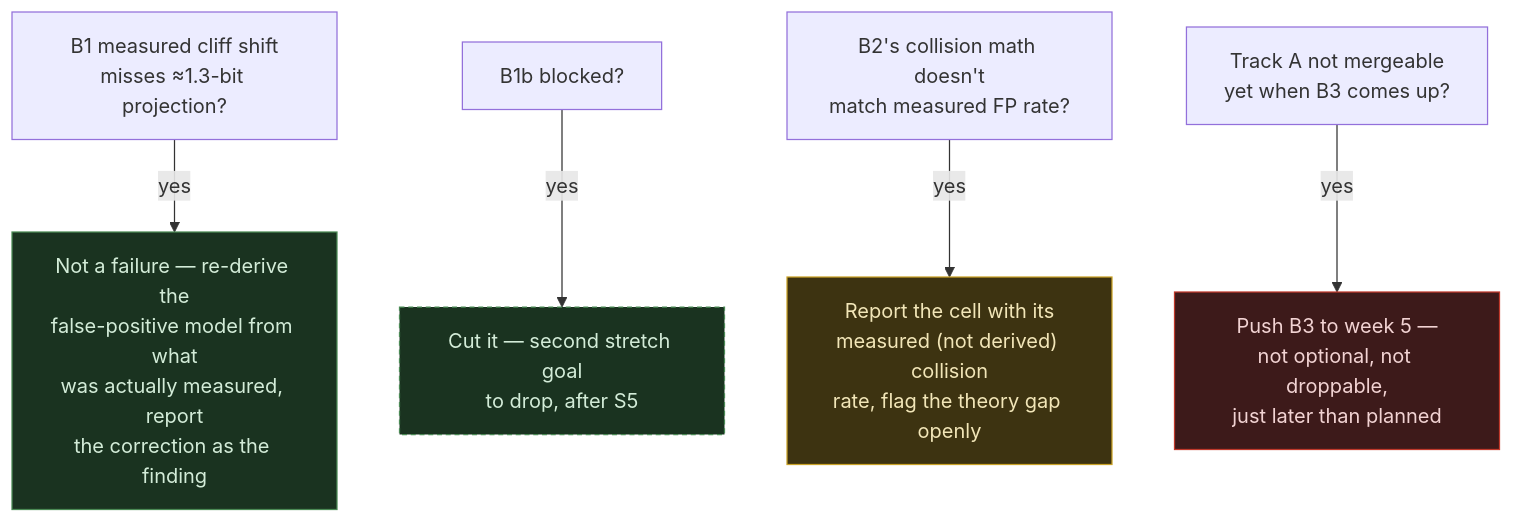
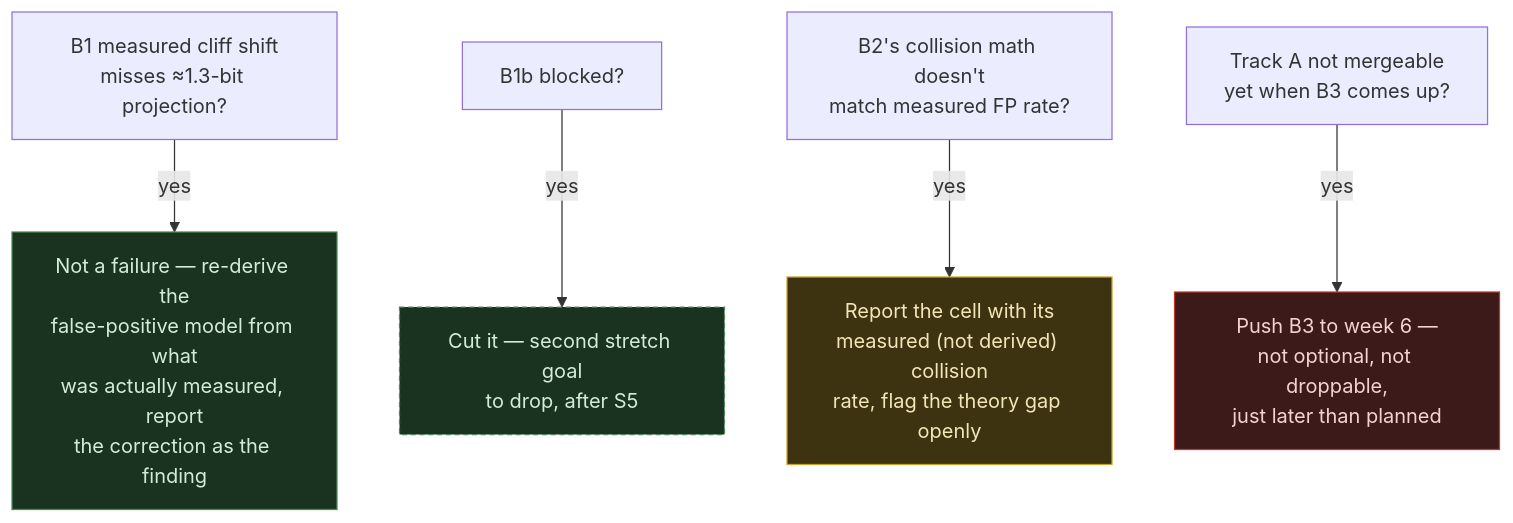
The seventh of 7 diagrams in planning/week4plan.md (KathpaliaChirag/Nanopore-project), drawn with Mermaid before and after one commit. The commit also changed other lines of this file, not shown here.

````diff
--- a/planning/week4plan.md
+++ b/planning/week4plan.md
@@ -221,12 +288,12 @@
 ```mermaid
 flowchart TD
     B1["B1 measured cliff shift\nmisses ≈1.3-bit projection?"] -->|yes| B1F["Not a failure — re-derive the\nfalse-positive model from what\nwas actually measured, report\nthe correction as the finding"]
     B1b["B1b blocked?"] -->|yes| B1bF["Cut it — second stretch goal\nto drop, after S5"]
     B2["B2's collision math doesn't\nmatch measured FP rate?"] -->|yes| B2F["Report the cell with its\nmeasured (not derived) collision\nrate, flag the theory gap openly"]
-    B3["Track A not mergeable\nyet when B3 comes up?"] -->|yes| B3F["Push B3 to week 5 —\nnot optional, not droppable,\njust later than planned"]
+    B3["Track A not mergeable\nyet when B3 comes up?"] -->|yes| B3F["Push B3 to week 6 —\nnot optional, not droppable,\njust later than planned"]
 
     style B1F fill:#1a3320,stroke:#4a8a54,color:#d3ecd8
     style B1bF fill:#1a3320,stroke:#4a8a54,stroke-dasharray: 4 3,color:#d3ecd8
     style B2F fill:#3d3311,stroke:#c9a227,color:#f2e6b8
     style B3F fill:#3d1a1a,stroke:#c0392b,color:#f2d3d3
 ```
````
